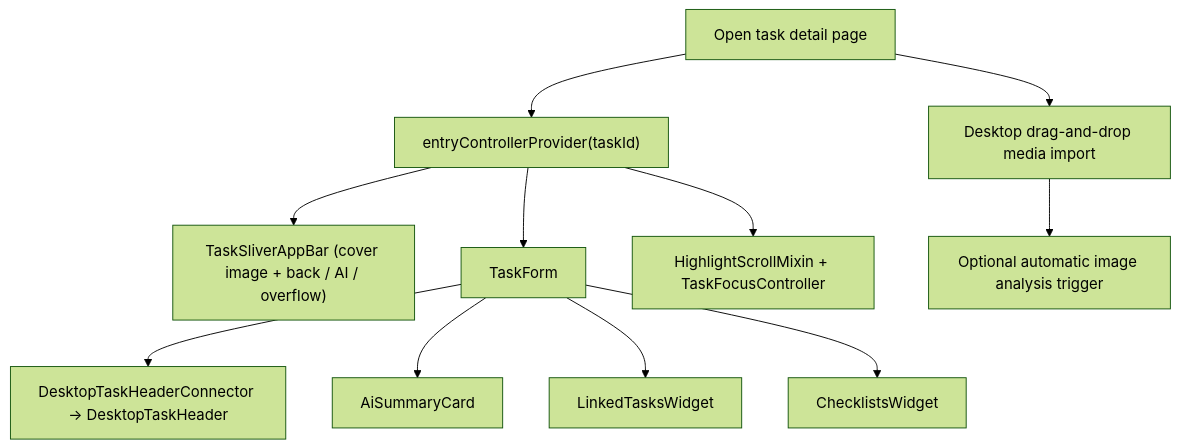
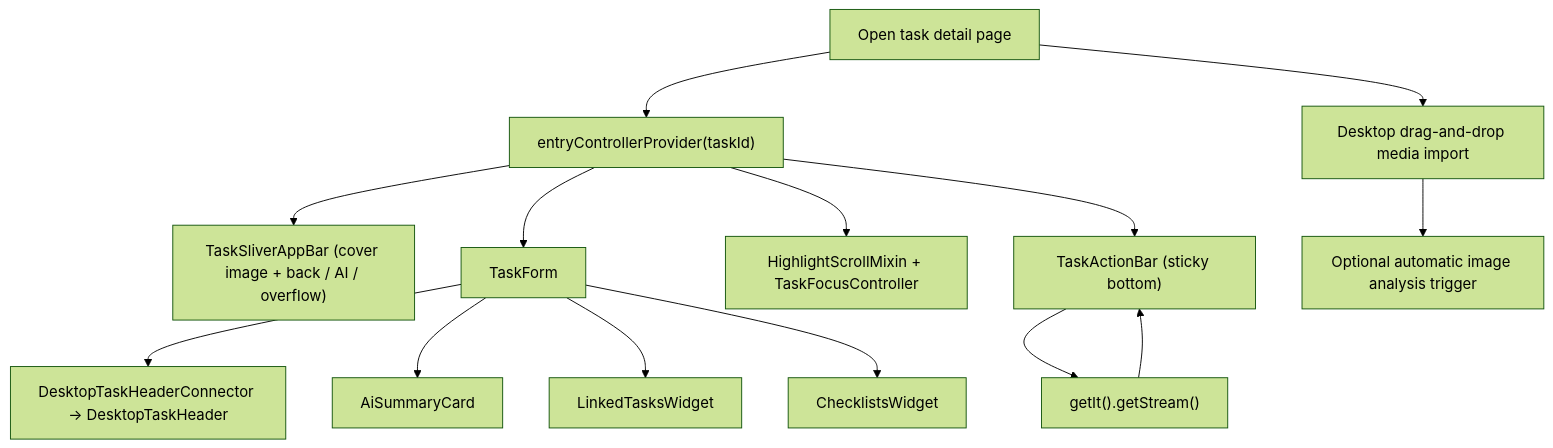
Before and after one commit to matthiasn/lotti: the fourth of 12 diagrams in lib/features/tasks/README.md, drawn with Mermaid (forest theme). The commit also changed other lines of this file and 21 other files, not shown here.

Commit message:
feat: replace task details FAB with sticky TaskActionBar

````diff
--- a/lib/features/tasks/README.md
+++ b/lib/features/tasks/README.md
@@ -176,13 +187,16 @@
 ```mermaid
 flowchart TD
   Open["Open task detail page"] --> Load["entryControllerProvider(taskId)"]
   Load --> AppBar["TaskSliverAppBar (cover image + back / AI / overflow)"]
   Load --> Form["TaskForm"]
   Form --> Header["DesktopTaskHeaderConnector → DesktopTaskHeader"]
   Form --> Agents["AiSummaryCard"]
   Form --> Linked["LinkedTasksWidget"]
   Form --> Checklists["ChecklistsWidget"]
   Load --> Focus["HighlightScrollMixin + TaskFocusController"]
+  Load --> ActionBar["TaskActionBar (sticky bottom)"]
+  ActionBar --> TimeService["getIt<TimeService>().getStream()"]
+  TimeService --> ActionBar
   Open --> Drop["Desktop drag-and-drop media import"]
   Drop --> ImageAnalysis["Optional automatic image analysis trigger"]
 ```
````
